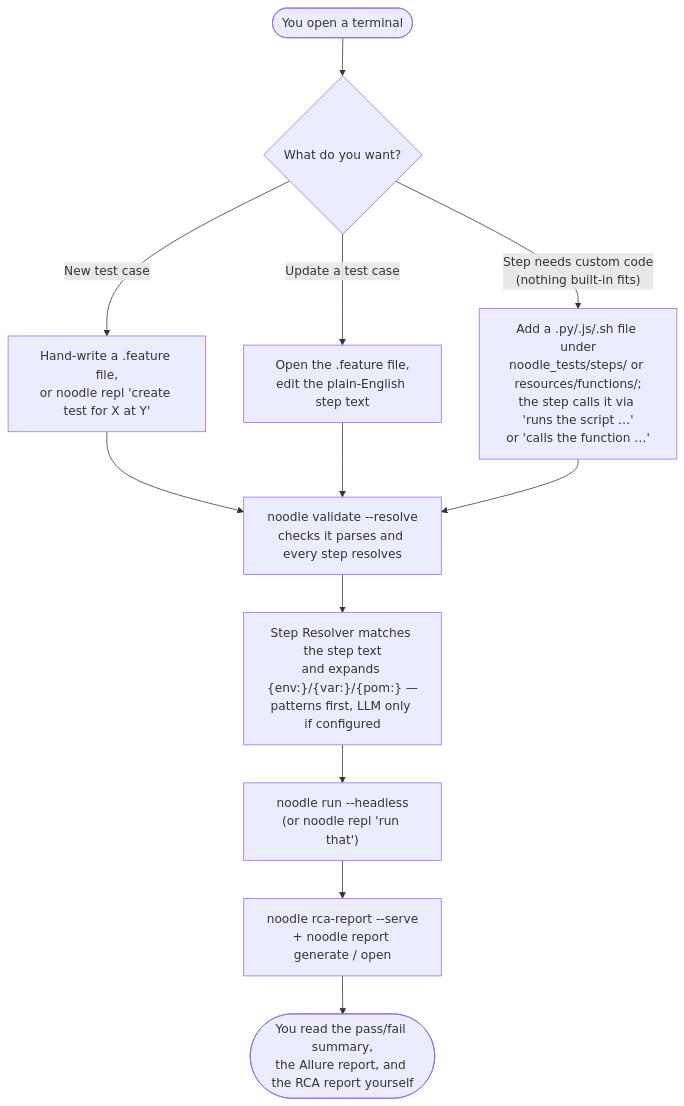
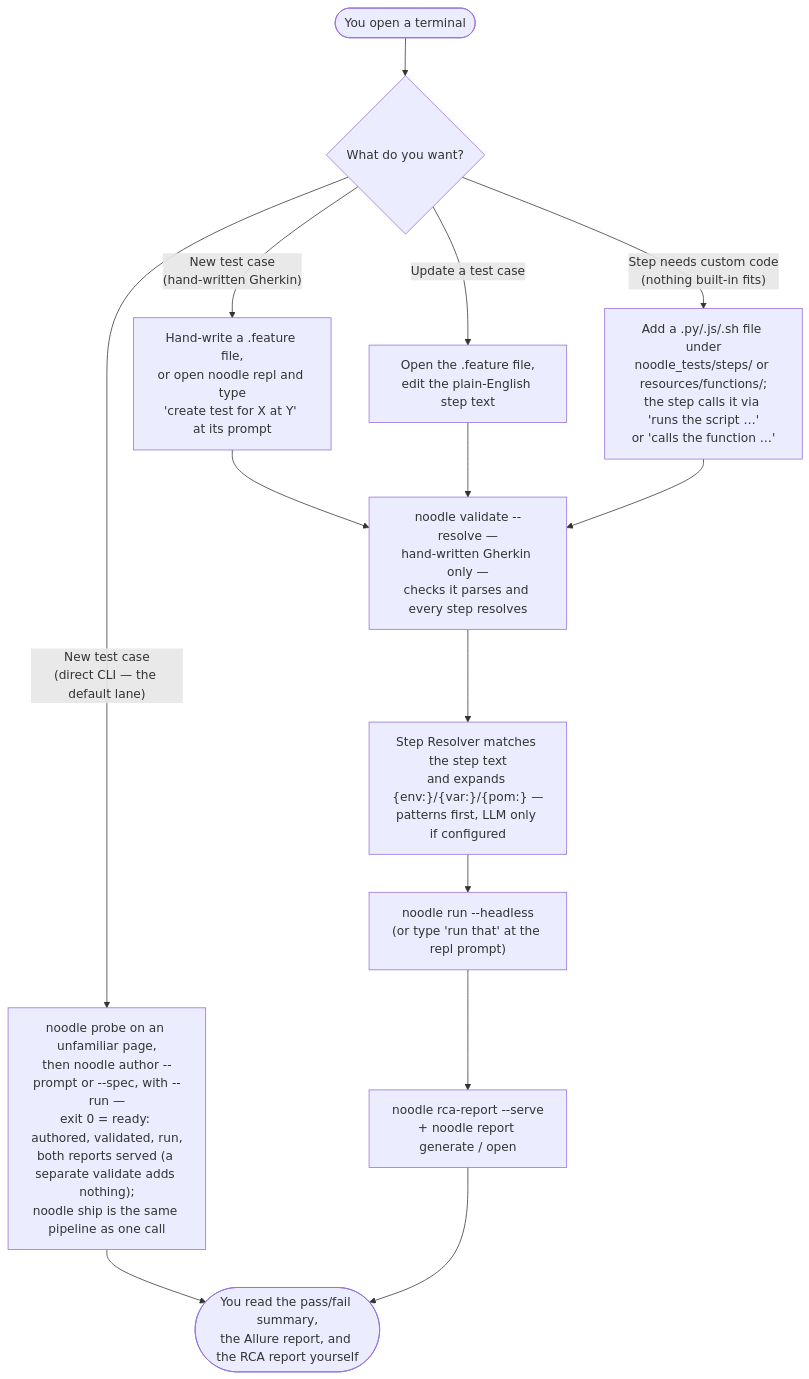
The second of 2 diagrams in README.md (gheeno/noodle), drawn with Mermaid before and after one commit. The commit also changed other lines of this file and 50 other files, not shown here.

````diff
--- a/README.md
+++ b/README.md
@@ -220,14 +225,16 @@
 ```mermaid
 flowchart TD
     Start(["You open a terminal"]) --> Q{"What do you want?"}
-    Q -- "New test case" --> A1["Hand-write a .feature file,<br/>or noodle repl 'create test for X at Y'"]
+    Q -- "New test case<br/>(direct CLI — the default lane)" --> A0["noodle probe on an unfamiliar page,<br/>then noodle author --prompt or --spec, with --run —<br/>exit 0 = ready: authored, validated, run,<br/>both reports served (a separate validate adds nothing);<br/>noodle ship is the same pipeline as one call"]
+    Q -- "New test case<br/>(hand-written Gherkin)" --> A1["Hand-write a .feature file,<br/>or open noodle repl and type<br/>'create test for X at Y' at its prompt"]
     Q -- "Update a test case" --> A2["Open the .feature file,<br/>edit the plain-English step text"]
     Q -- "Step needs custom code<br/>(nothing built-in fits)" --> A3["Add a .py/.js/.sh file under<br/>noodle_tests/steps/ or resources/functions/;<br/>the step calls it via 'runs the script …'<br/>or 'calls the function …'"]
-    A1 --> B["noodle validate --resolve<br/>checks it parses and every step resolves"]
+    A1 --> B["noodle validate --resolve —<br/>hand-written Gherkin only —<br/>checks it parses and every step resolves"]
     A2 --> B
     A3 --> B
     B --> C["Step Resolver matches the step text<br/>and expands {env:}/{var:}/{pom:} —<br/>patterns first, LLM only if configured"]
-    C --> D["noodle run --headless<br/>(or noodle repl 'run that')"]
+    C --> D["noodle run --headless<br/>(or type 'run that' at the repl prompt)"]
     D --> E["noodle rca-report --serve<br/>+ noodle report generate / open"]
+    A0 --> F
     E --> F(["You read the pass/fail summary,<br/>the Allure report, and the RCA report yourself"])
 ```
````
